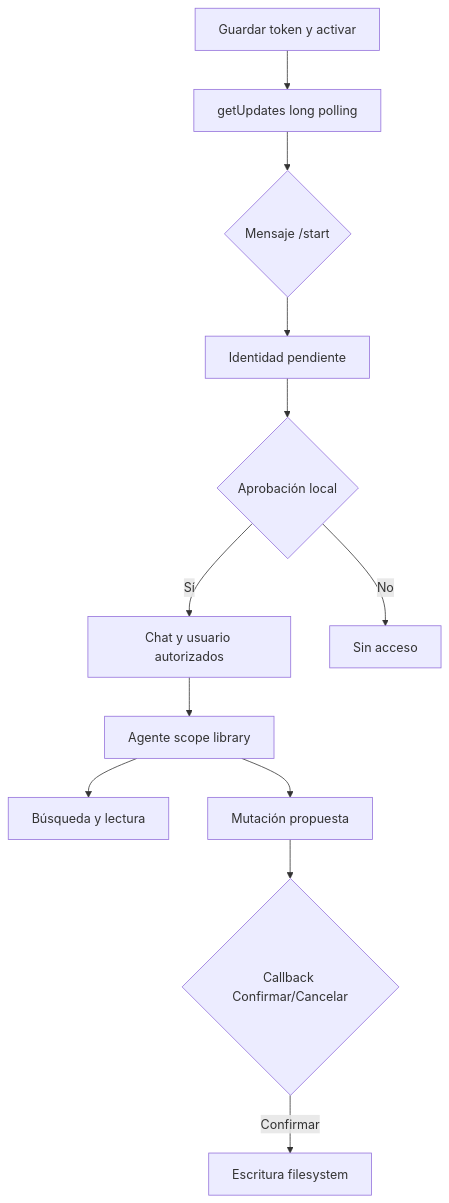
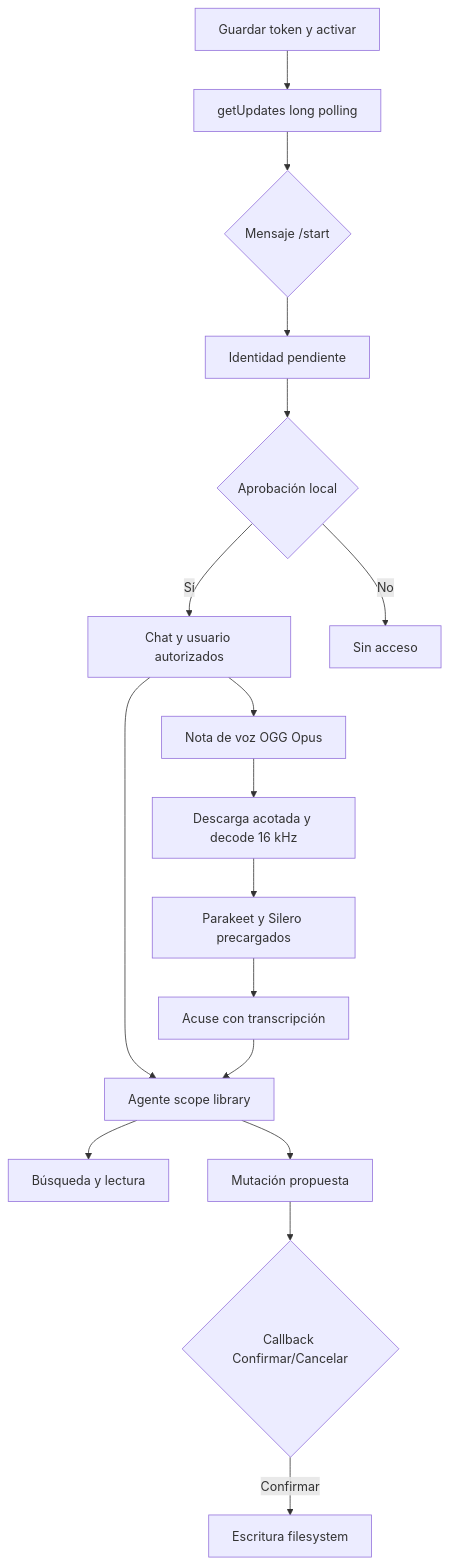
One commit to GabrielMiuzzi/notia changed diagram 53 of 55 in README-TECH.md. Above: the diagram before and after it, drawn with Mermaid. The commit also changed other lines of this file and 37 other files, not shown here.

````diff
--- a/README-TECH.md
+++ b/README-TECH.md
@@ -3300,14 +3367,19 @@
 ```mermaid
 flowchart TD
     Token[Guardar token y activar] --> Poll[getUpdates long polling]
     Poll --> Start{Mensaje /start}
     Start --> Pending[Identidad pendiente]
     Pending --> Approve{Aprobación local}
     Approve -->|Sí| Paired[Chat y usuario autorizados]
     Approve -->|No| Denied[Sin acceso]
     Paired --> Agent[Agente scope library]
+    Paired --> Voice[Nota de voz OGG Opus]
+    Voice --> Decode[Descarga acotada y decode 16 kHz]
+    Decode --> ASR[Parakeet y Silero precargados]
+    ASR --> Ack[Acuse con transcripción]
+    Ack --> Agent
     Agent --> Read[Búsqueda y lectura]
     Agent --> Mutation[Mutación propuesta]
     Mutation --> Confirm{Callback Confirmar/Cancelar}
     Confirm -->|Confirmar| Write[Escritura filesystem]
 ```
````
